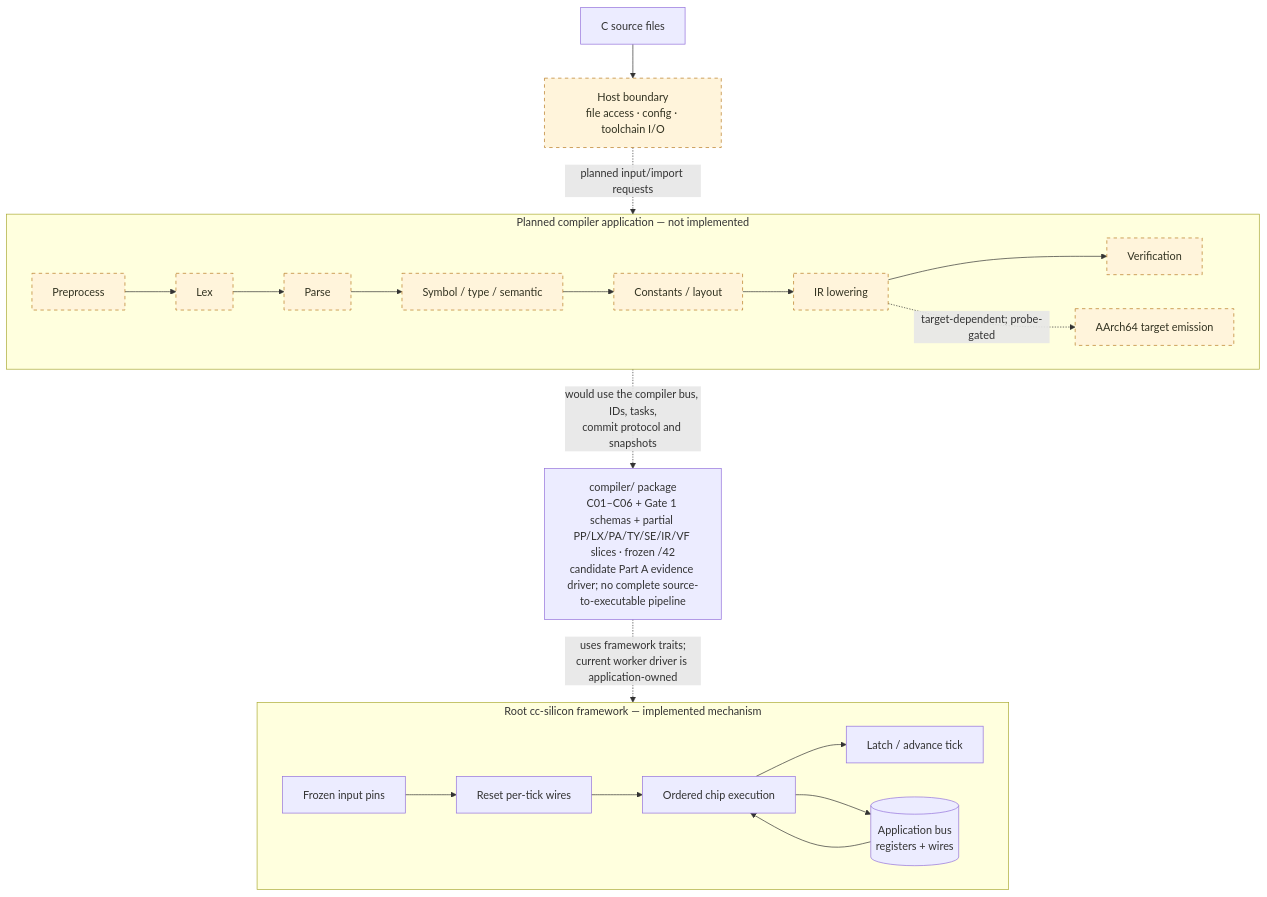
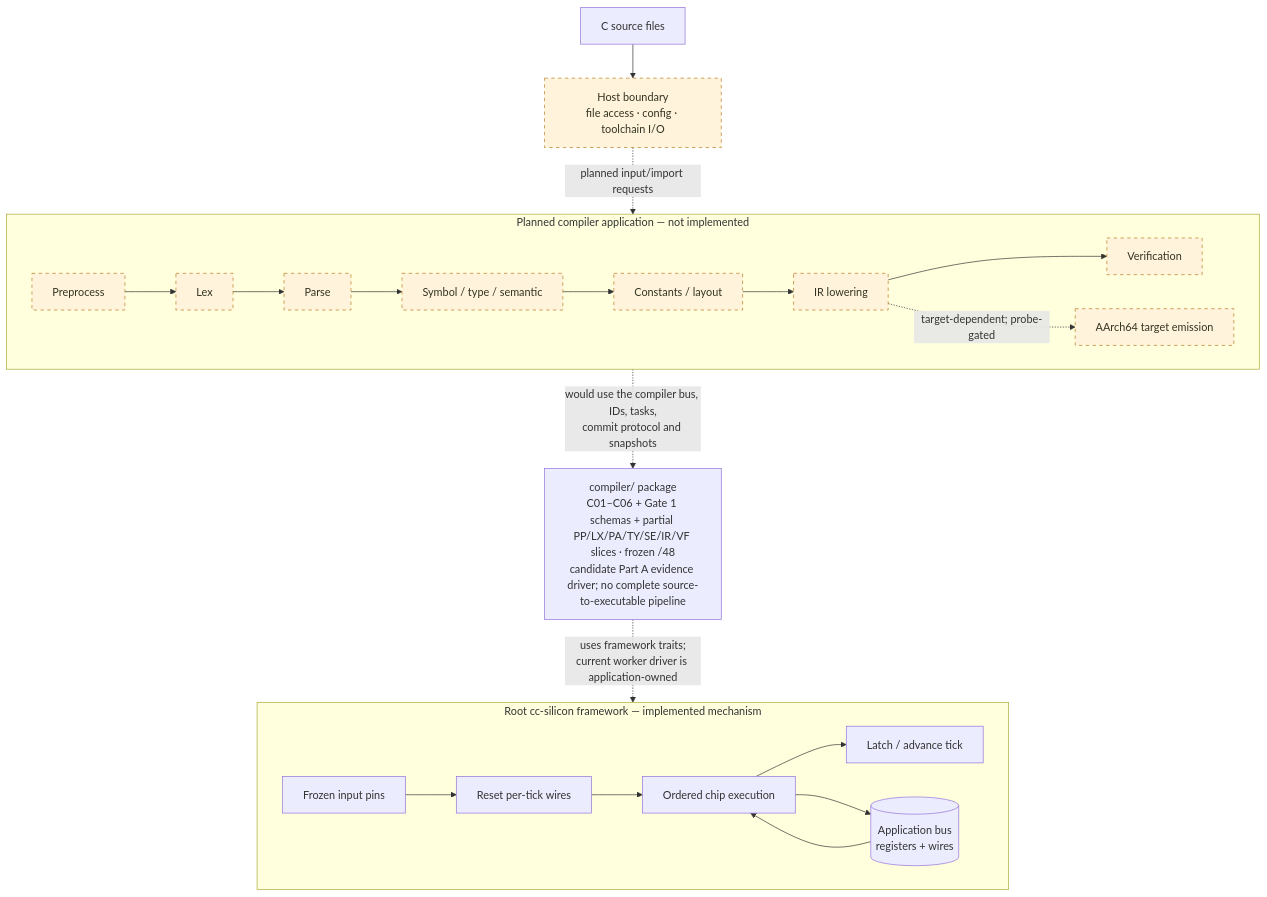
The first of 2 diagrams in README.md (immane/cc-silicon), drawn with Mermaid before and after one commit. The commit also changed other lines of this file and 5 other files, not shown here.

````diff
--- a/README.md
+++ b/README.md
@@ -132,28 +132,28 @@
 ```mermaid
 flowchart TB
     SRC["C source files"] --> HOST["Host boundary<br/>file access · config · toolchain I/O"]
     HOST -. "planned input/import requests" .-> PIPE
 
     subgraph PIPE["Planned compiler application — not implemented"]
         direction LR
         PP["Preprocess"] --> LEX["Lex"] --> PARSE["Parse"] --> SEM["Symbol / type / semantic"]
         SEM --> CONST["Constants / layout"] --> IR["IR lowering"] --> VERIFY["Verification"]
         IR -. "target-dependent; probe-gated" .-> TARGET["AArch64 target emission"]
     end
 
-    FOUNDATION["compiler/ package<br/>C01–C06 + Gate 1 schemas + partial PP/LX/PA/TY/SE/IR/VF slices · frozen /42<br/>candidate Part A evidence driver; no complete source-to-executable pipeline"]
+    FOUNDATION["compiler/ package<br/>C01–C06 + Gate 1 schemas + partial PP/LX/PA/TY/SE/IR/VF slices · frozen /48<br/>candidate Part A evidence driver; no complete source-to-executable pipeline"]
     PIPE -. "would use the compiler bus, IDs, tasks,<br/>commit protocol and snapshots" .-> FOUNDATION
 
     subgraph RUNTIME["Root cc-silicon framework — implemented mechanism"]
         direction LR
         PINS["Frozen input pins"] --> RESET["Reset per-tick wires"] --> CHIPS["Ordered chip execution"]
         CHIPS --> LATCH["Latch / advance tick"]
         BUS[("Application bus<br/>registers + wires")]
         BUS --> CHIPS
         CHIPS --> BUS
     end
     FOUNDATION -. "uses framework traits;<br/>current worker driver is application-owned" .-> RUNTIME
 
     classDef planned fill:#fff4db,stroke:#b7791f,stroke-dasharray:5 5,color:#332;
     class PP,LEX,PARSE,SEM,CONST,IR,VERIFY,TARGET,HOST planned;
 ```
````
